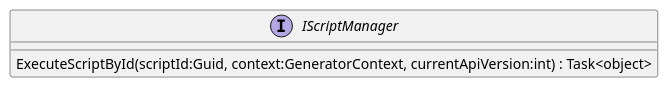
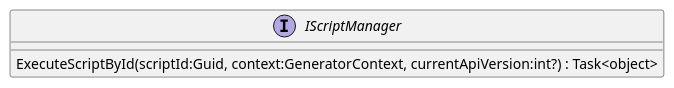
The diagram in diagrams/scripting/src/ScriptManager.cs/IScriptManager.puml (conrad-gilles/Scripting-Proof-of-Concept), drawn with PlantUML before and after one commit. The commit also changed 19 other files, not shown here.

```diff
--- a/diagrams/scripting/src/ScriptManager.cs/IScriptManager.puml
+++ b/diagrams/scripting/src/ScriptManager.cs/IScriptManager.puml
@@ -1,5 +1,5 @@
 @startuml
 interface IScriptManager {
-    ExecuteScriptById(scriptId:Guid, context:GeneratorContext, currentApiVersion:int) : Task<object>
+    ExecuteScriptById(scriptId:Guid, context:GeneratorContext, currentApiVersion:int?) : Task<object>
 }
 @enduml
```
